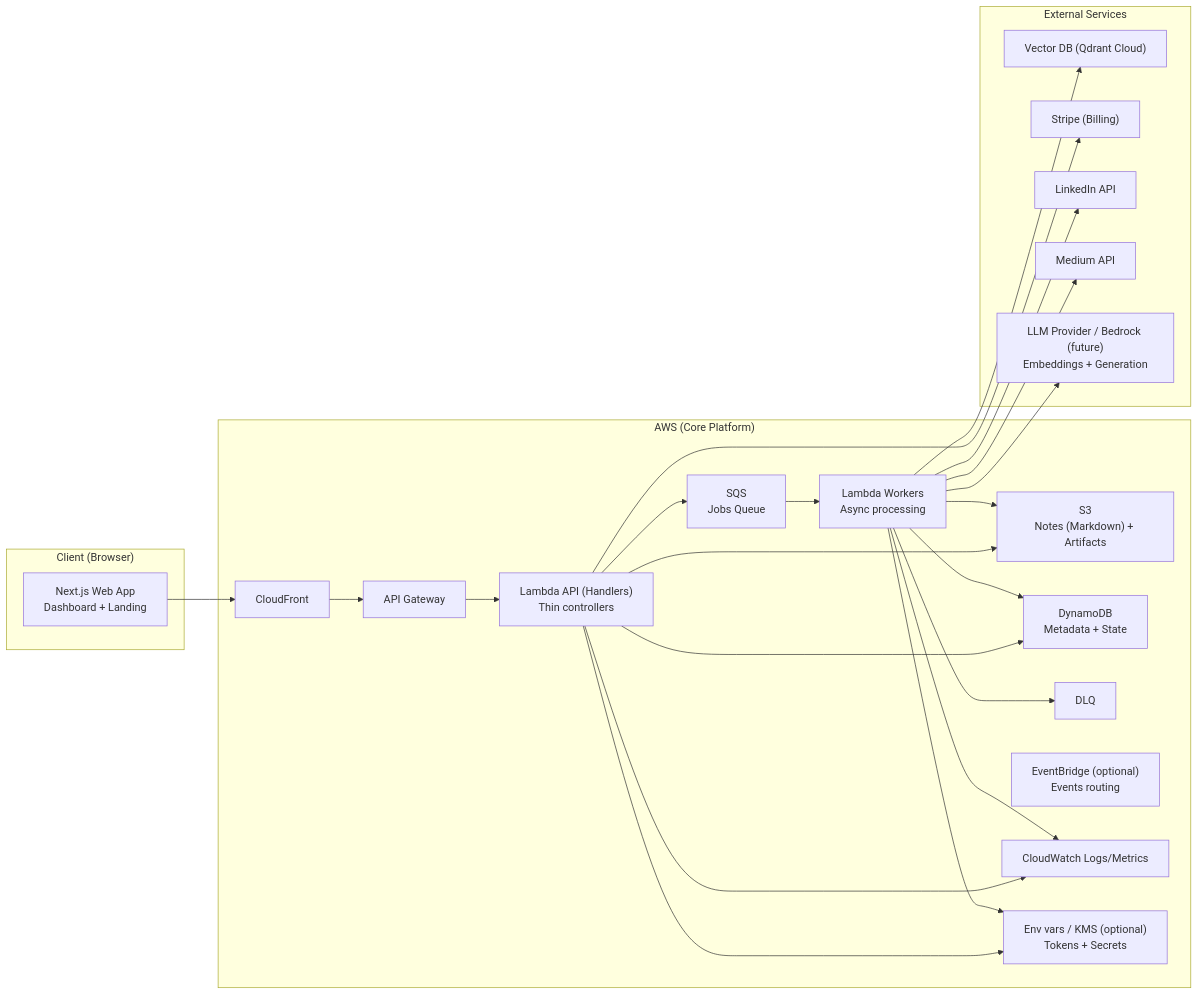
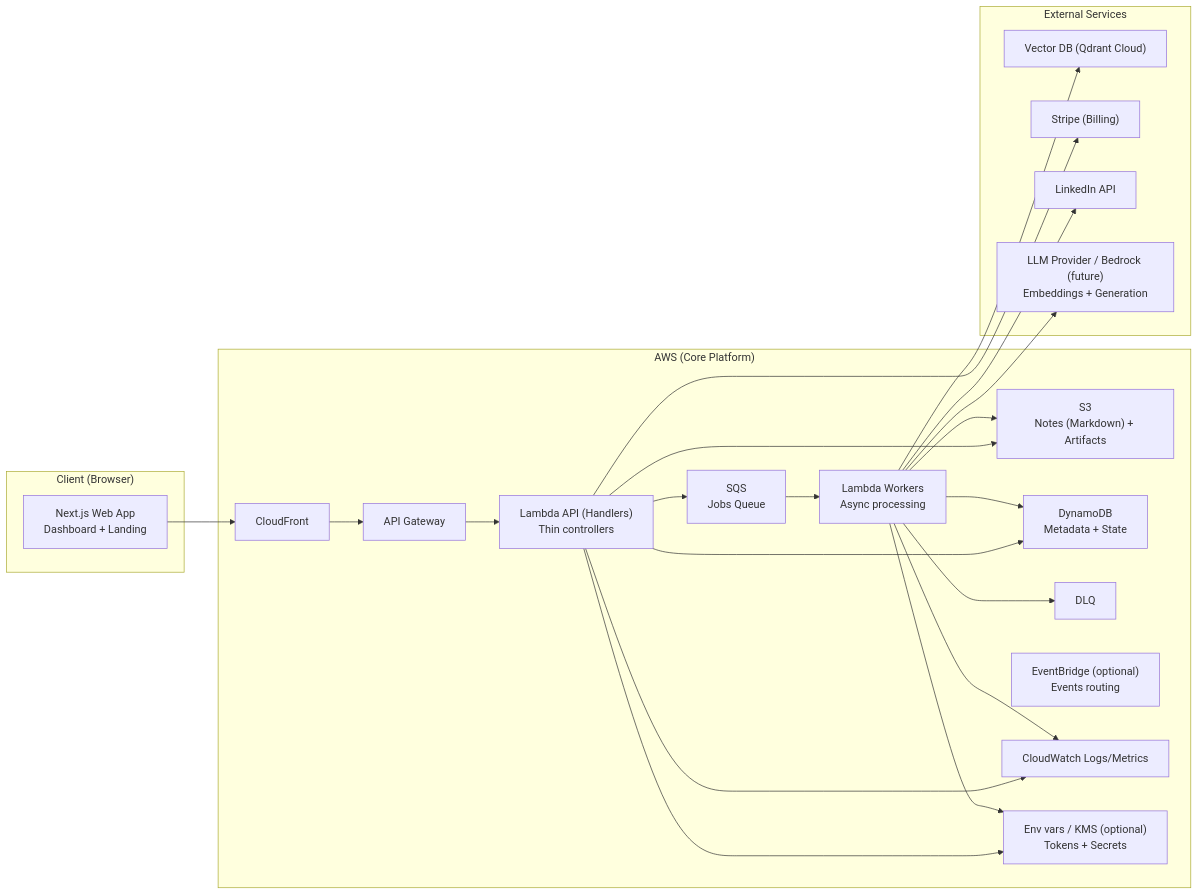
Before and after one commit to AhmedYassinH/noteship: the first of 6 diagrams in docs/technical/noteship-system-architecture.md, drawn with Mermaid. The commit also changed other lines of this file and 25 other files, not shown here.

````diff
--- a/docs/technical/noteship-system-architecture.md
+++ b/docs/technical/noteship-system-architecture.md
@@ -29,48 +29,46 @@
 ```mermaid
 flowchart LR
   subgraph Client["Client (Browser)"]
     UI["Next.js Web App<br/>Dashboard + Landing"]
   end
 
   subgraph AWS["AWS (Core Platform)"]
     CF["CloudFront"]
     S3["S3<br/>Notes (Markdown) + Artifacts"]
     APIGW["API Gateway"]
     API["Lambda API (Handlers)<br/>Thin controllers"]
     DDB["DynamoDB<br/>Metadata + State"]
     SQS["SQS<br/>Jobs Queue"]
     DLQ["DLQ"]
     WORKER["Lambda Workers<br/>Async processing"]
     EB["EventBridge (optional)<br/>Events routing"]
     CW["CloudWatch Logs/Metrics"]
     SM["Env vars / KMS (optional)<br/>Tokens + Secrets"]
   end
 
   subgraph External["External Services"]
     VDB["Vector DB (Qdrant Cloud)"]
     STRIPE["Stripe (Billing)"]
     LI["LinkedIn API"]
-    MED["Medium API"]
     LLM["LLM Provider / Bedrock (future)<br/>Embeddings + Generation"]
   end
 
   UI --> CF --> APIGW --> API
   API --> DDB
   API --> S3
   API --> SQS
   WORKER --> S3
   WORKER --> DDB
   WORKER --> VDB
   WORKER --> LI
-  WORKER --> MED
   API --> STRIPE
   WORKER --> LLM
 
   SQS --> WORKER
   WORKER --> DLQ
 
   API --> CW
   WORKER --> CW
   API --> SM
   WORKER --> SM
 ```
````
